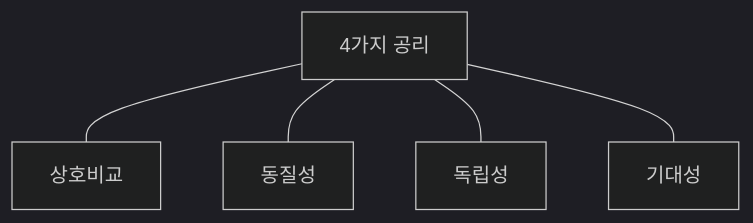
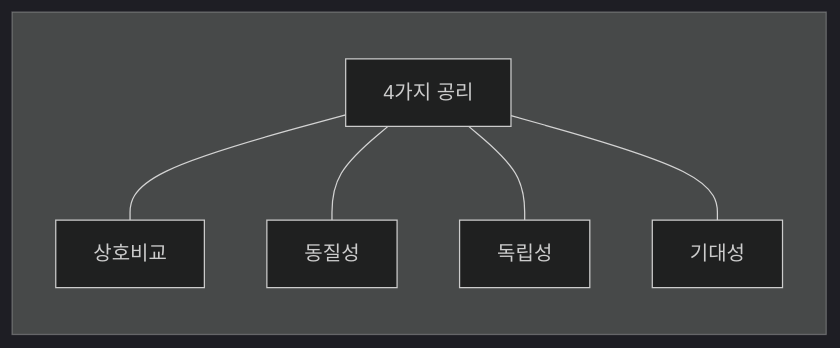
The tenth of 13 diagrams in 1002경영과학.qmd (yeonkyupark/pepc2e), drawn with Mermaid (dark theme) before and after one commit. The commit also changed other lines of this file, not shown here.

````diff
--- a/1002경영과학.qmd
+++ b/1002경영과학.qmd
@@ -1075,7 +1082,7 @@
 ```{mermaid}
-flowchart TB
-
-    가[4가지 공리]
-    가 --- 나0[상호비교] & 나1[동질성] & 나2[독립성] & 나3[기대성]
-
+flowchart LR
+    subgraph " "
+        가[4가지 공리]
+        가 --- 나0[상호비교] & 나1[동질성] & 나2[독립성] & 나3[기대성]
+    end
 ```
````
